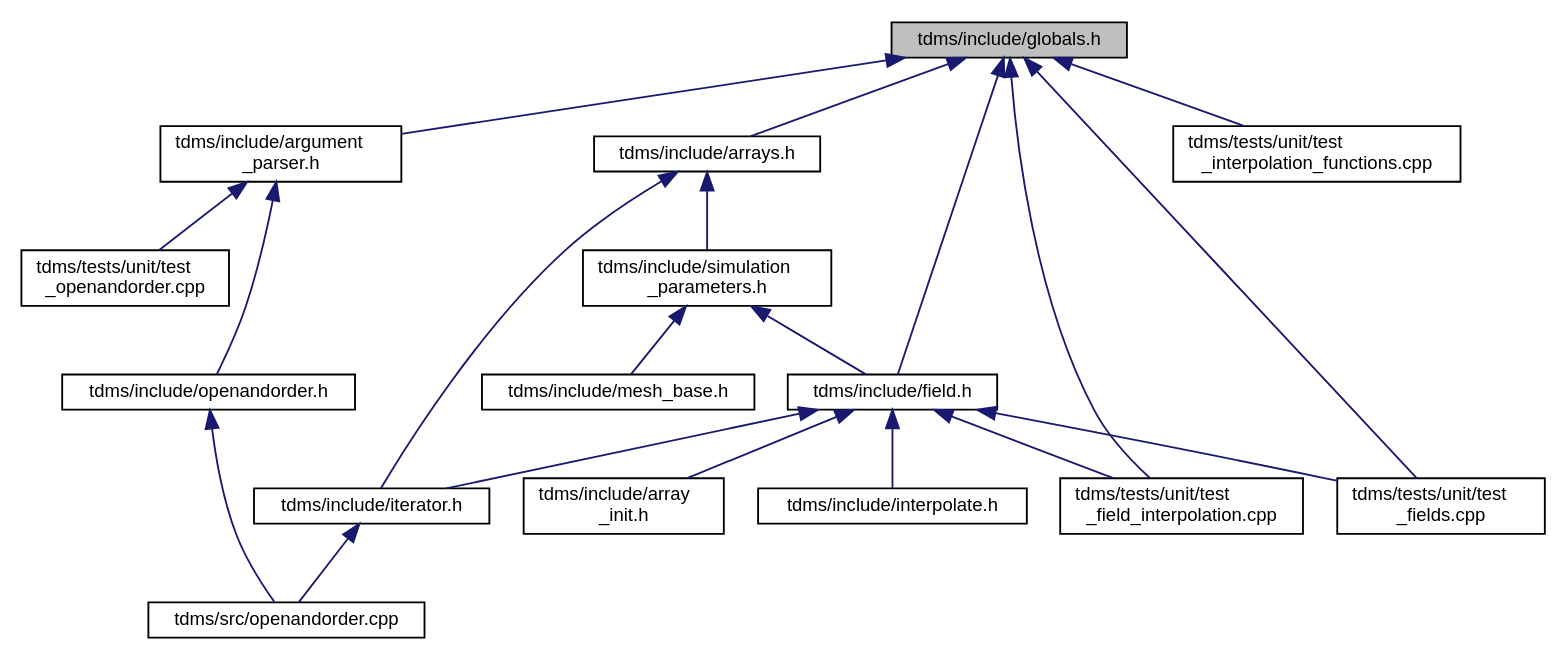
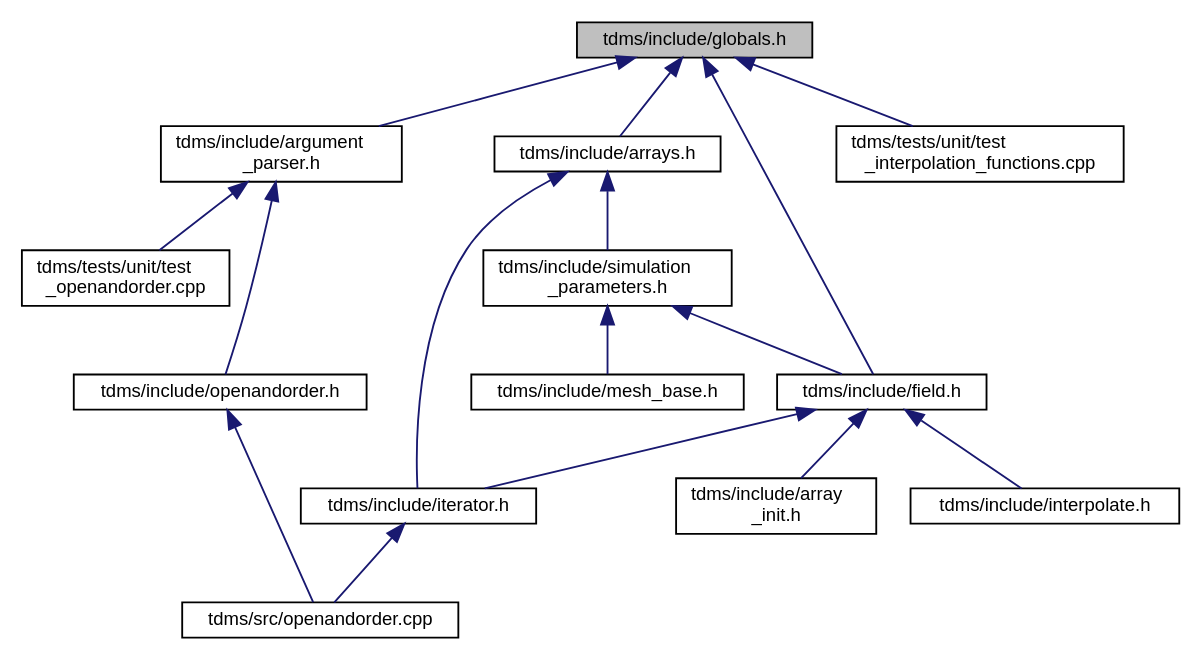
The diagram in globals_8h__dep__incl.dot (UCL/TDMS), drawn with Graphviz before and after one commit. The commit also changed 101 other files, not shown here.

```diff
--- a/globals_8h__dep__incl.dot
+++ b/globals_8h__dep__incl.dot
@@ -1,40 +1,34 @@
 digraph "tdms/include/globals.h"
 {
  // LATEX_PDF_SIZE
   edge [fontname="Helvetica",fontsize="10",labelfontname="Helvetica",labelfontsize="10"];
   node [fontname="Helvetica",fontsize="10",shape=record];
   Node1 [label="tdms/include/globals.h",height=0.2,width=0.4,color="black", fillcolor="grey75", style="filled", fontcolor="black",tooltip="Type definitions and global constants."];
   Node1 -> Node2 [dir="back",color="midnightblue",fontsize="10",style="solid",fontname="Helvetica"];
   Node2 [label="tdms/include/argument\l_parser.h",height=0.2,width=0.4,color="black", fillcolor="white", style="filled",URL="$argument__parser_8h.html",tooltip="Parse the command line options."];
   Node2 -> Node3 [dir="back",color="midnightblue",fontsize="10",style="solid",fontname="Helvetica"];
   Node3 [label="tdms/include/openandorder.h",height=0.2,width=0.4,color="black", fillcolor="white", style="filled",URL="$openandorder_8h.html",tooltip="Launch TDMS and file IO."];
   Node3 -> Node4 [dir="back",color="midnightblue",fontsize="10",style="solid",fontname="Helvetica"];
   Node4 [label="tdms/src/openandorder.cpp",height=0.2,width=0.4,color="black", fillcolor="white", style="filled",URL="$openandorder_8cpp.html",tooltip="Launch and file IO."];
   Node2 -> Node5 [dir="back",color="midnightblue",fontsize="10",style="solid",fontname="Helvetica"];
   Node5 [label="tdms/tests/unit/test\l_openandorder.cpp",height=0.2,width=0.4,color="black", fillcolor="white", style="filled",URL="$test__openandorder_8cpp.html",tooltip="Tests of the argument parsing and file I/O."];
   Node1 -> Node6 [dir="back",color="midnightblue",fontsize="10",style="solid",fontname="Helvetica"];
   Node6 [label="tdms/include/arrays.h",height=0.2,width=0.4,color="black", fillcolor="white", style="filled",URL="$arrays_8h.html",tooltip="Classes describing arrays, vertices etc."];
   Node6 -> Node7 [dir="back",color="midnightblue",fontsize="10",style="solid",fontname="Helvetica"];
   Node7 [label="tdms/include/simulation\l_parameters.h",height=0.2,width=0.4,color="black", fillcolor="white", style="filled",URL="$simulation__parameters_8h.html",tooltip="Classes collecting parameters for the simulation."];
   Node7 -> Node8 [dir="back",color="midnightblue",fontsize="10",style="solid",fontname="Helvetica"];
   Node8 [label="tdms/include/field.h",height=0.2,width=0.4,color="black", fillcolor="white", style="filled",URL="$field_8h.html",tooltip="Classes for the electric and magnetic (split) fields on a grid."];
   Node8 -> Node9 [dir="back",color="midnightblue",fontsize="10",style="solid",fontname="Helvetica"];
   Node9 [label="tdms/include/array\l_init.h",height=0.2,width=0.4,color="black", fillcolor="white", style="filled",URL="$array__init_8h.html",tooltip="A collection of functions for array initialisation given MATLAB pointers."];
   Node8 -> Node10 [dir="back",color="midnightblue",fontsize="10",style="solid",fontname="Helvetica"];
   Node10 [label="tdms/include/interpolate.h",height=0.2,width=0.4,color="black", fillcolor="white", style="filled",URL="$interpolate_8h.html",tooltip="Interpolation of field values within FDTD grid."];
   Node8 -> Node11 [dir="back",color="midnightblue",fontsize="10",style="solid",fontname="Helvetica"];
   Node11 [label="tdms/include/iterator.h",height=0.2,width=0.4,color="black", fillcolor="white", style="filled",URL="$iterator_8h.html",tooltip="The main time propogation algorithm."];
   Node11 -> Node4 [dir="back",color="midnightblue",fontsize="10",style="solid",fontname="Helvetica"];
-  Node8 -> Node12 [dir="back",color="midnightblue",fontsize="10",style="solid",fontname="Helvetica"];
-  Node12 [label="tdms/tests/unit/test\l_field_interpolation.cpp",height=0.2,width=0.4,color="black", fillcolor="white", style="filled",URL="$test__field__interpolation_8cpp.html",tooltip="Tests interpolation of E- and H-fields and compares the errors against MATLAB benchmarks."];
-  Node8 -> Node13 [dir="back",color="midnightblue",fontsize="10",style="solid",fontname="Helvetica"];
-  Node13 [label="tdms/tests/unit/test\l_fields.cpp",height=0.2,width=0.4,color="black", fillcolor="white", style="filled",URL="$test__fields_8cpp.html",tooltip="Test of the Field class and subclasses."];
-  Node7 -> Node14 [dir="back",color="midnightblue",fontsize="10",style="solid",fontname="Helvetica"];
-  Node14 [label="tdms/include/mesh_base.h",height=0.2,width=0.4,color="black", fillcolor="white", style="filled",URL="$mesh__base_8h.html",tooltip="Generation of orientated mesh."];
+  Node7 -> Node12 [dir="back",color="midnightblue",fontsize="10",style="solid",fontname="Helvetica"];
+  Node12 [label="tdms/include/mesh_base.h",height=0.2,width=0.4,color="black", fillcolor="white", style="filled",URL="$mesh__base_8h.html",tooltip="Generation of orientated mesh."];
   Node6 -> Node11 [dir="back",color="midnightblue",fontsize="10",style="solid",fontname="Helvetica"];
   Node1 -> Node8 [dir="back",color="midnightblue",fontsize="10",style="solid",fontname="Helvetica"];
-  Node1 -> Node12 [dir="back",color="midnightblue",fontsize="10",style="solid",fontname="Helvetica"];
   Node1 -> Node13 [dir="back",color="midnightblue",fontsize="10",style="solid",fontname="Helvetica"];
-  Node1 -> Node15 [dir="back",color="midnightblue",fontsize="10",style="solid",fontname="Helvetica"];
-  Node15 [label="tdms/tests/unit/test\l_interpolation_functions.cpp",height=0.2,width=0.4,color="black", fillcolor="white", style="filled",URL="$test__interpolation__functions_8cpp.html",tooltip="Tests the performance of the interpolation functions, using 1D data mimicing a coordinate axes."];
+  Node13 [label="tdms/tests/unit/test\l_interpolation_functions.cpp",height=0.2,width=0.4,color="black", fillcolor="white", style="filled",URL="$test__interpolation__functions_8cpp.html",tooltip="Tests the performance of the interpolation functions, using 1D data mimicing a coordinate axes."];
 }
```
